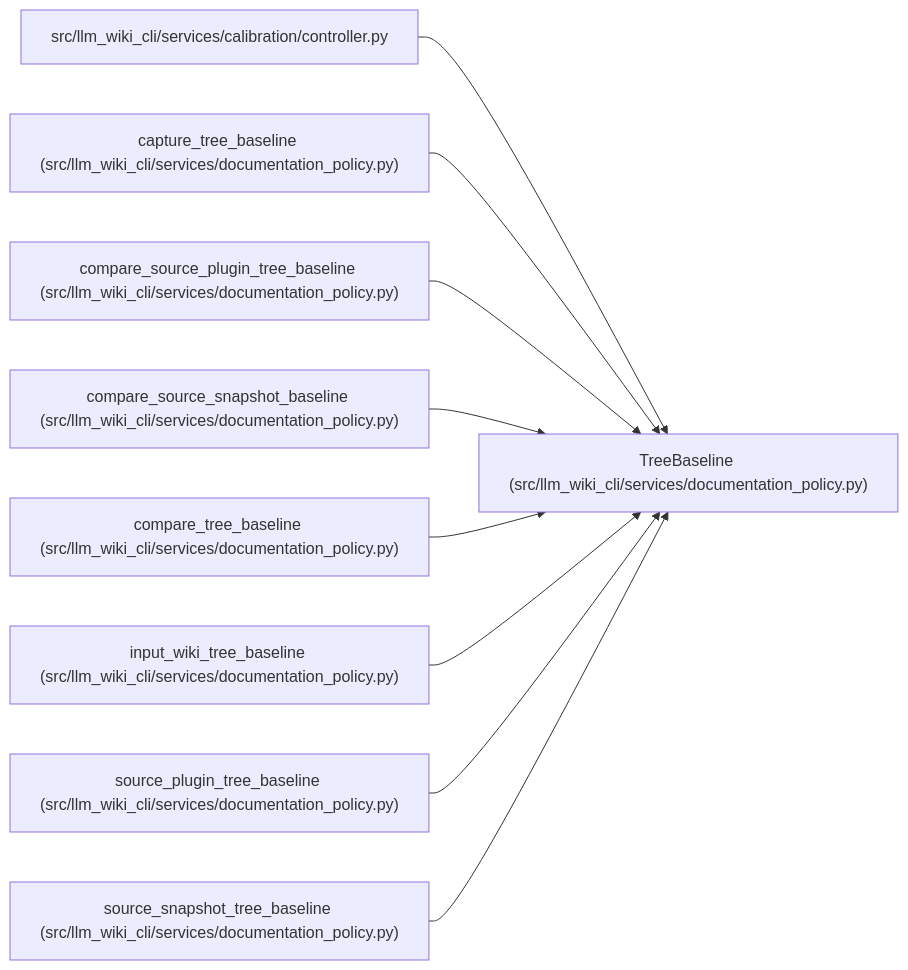
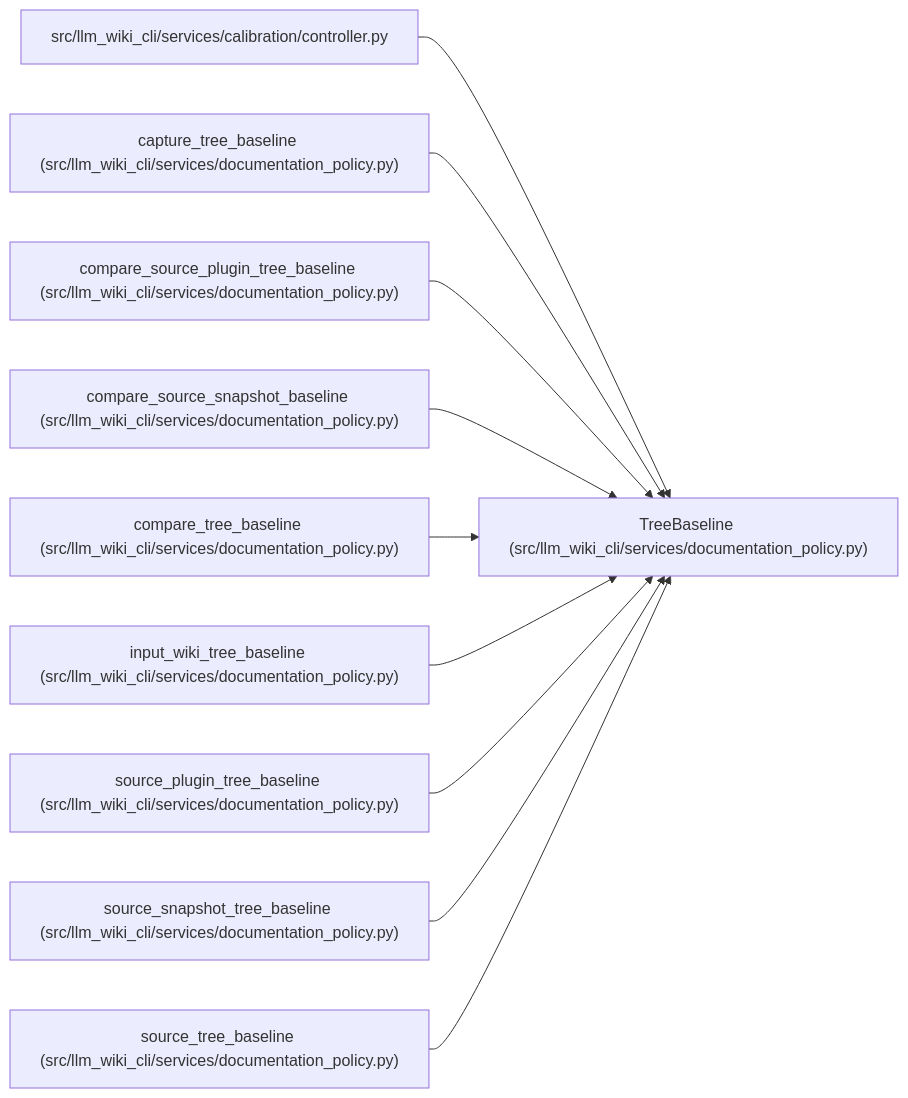
The diagram in docs/llm_wiki/entities/TreeBaseline.md (Denissvgn/python-wiki-llm), drawn with Mermaid before and after one commit. The commit also changed other lines of this file and 493 other files, not shown here.

````diff
--- a/docs/llm_wiki/entities/TreeBaseline.md
+++ b/docs/llm_wiki/entities/TreeBaseline.md
@@ -34,29 +34,32 @@
 ```mermaid
 flowchart LR
     n0["TreeBaseline (src/llm_wiki_cli/services/documentation_policy.py)"]
     n1["src/llm_wiki_cli/services/calibration/controller.py"]
     n2["capture_tree_baseline (src/llm_wiki_cli/services/documentation_policy.py)"]
     n3["compare_source_plugin_tree_baseline (src/llm_wiki_cli/services/documentation_policy.py)"]
     n4["compare_source_snapshot_baseline (src/llm_wiki_cli/services/documentation_policy.py)"]
     n5["compare_tree_baseline (src/llm_wiki_cli/services/documentation_policy.py)"]
     n6["input_wiki_tree_baseline (src/llm_wiki_cli/services/documentation_policy.py)"]
     n7["source_plugin_tree_baseline (src/llm_wiki_cli/services/documentation_policy.py)"]
     n8["source_snapshot_tree_baseline (src/llm_wiki_cli/services/documentation_policy.py)"]
+    n9["source_tree_baseline (src/llm_wiki_cli/services/documentation_policy.py)"]
     n1 --> n0
     n2 --> n0
     n3 --> n0
     n4 --> n0
     n5 --> n0
     n6 --> n0
     n7 --> n0
     n8 --> n0
+    n9 --> n0
     click n0 "../modules/documentation_policy.md"
     click n1 "../modules/controller.md"
     click n2 "../modules/documentation_policy.md"
     click n3 "../modules/documentation_policy.md"
     click n4 "../modules/documentation_policy.md"
     click n5 "../modules/documentation_policy.md"
     click n6 "../modules/documentation_policy.md"
     click n7 "../modules/documentation_policy.md"
     click n8 "../modules/documentation_policy.md"
+    click n9 "../modules/documentation_policy.md"
 ```
````
